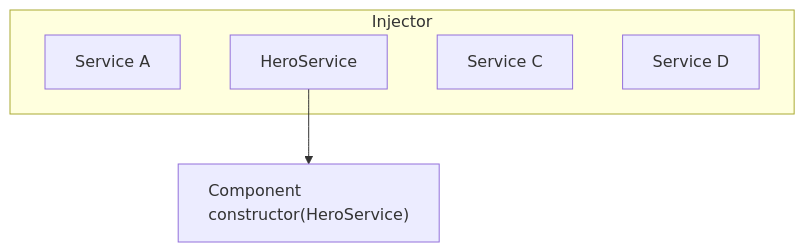
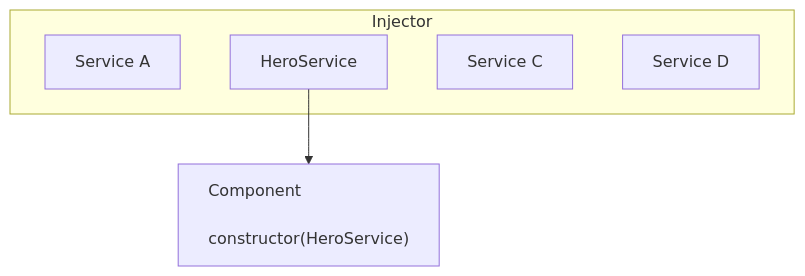
The diagram in adev-ja/src/content/guide/di/dependency-injection.en.md (angular/angular-ja), drawn with Mermaid before and after one commit. The commit also changed 95 other files, not shown here.

````diff
--- a/adev-ja/src/content/guide/di/dependency-injection.en.md
+++ b/adev-ja/src/content/guide/di/dependency-injection.en.md
@@ -121,13 +121,13 @@
 ```mermaid
 graph TD;
 subgraph Injector
 serviceA[Service A]
 heroService[HeroService]
 serviceC[Service C]
 serviceD[Service D]
 end
 direction TB
-componentConstructor["Component\nconstructor(HeroService)"]
+componentConstructor["Component <br> constructor(HeroService)"]
 heroService-->componentConstructor
 style componentConstructor text-align: left
 ```
````
